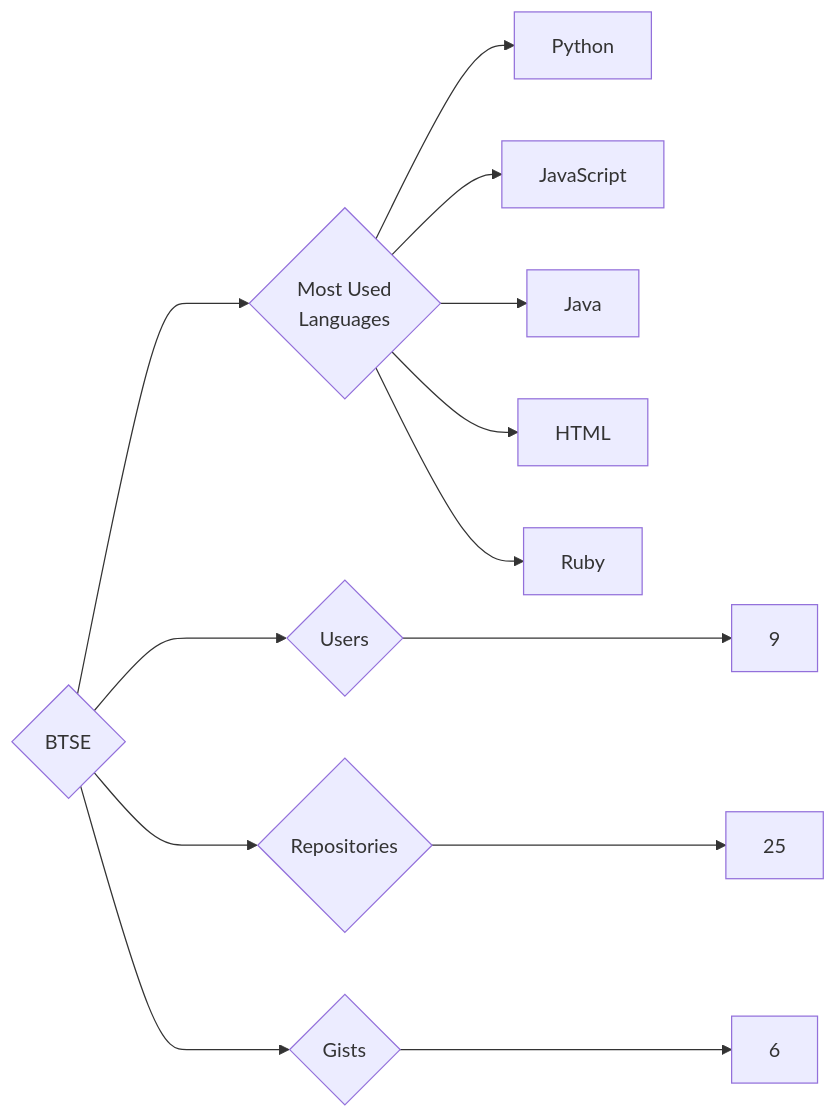
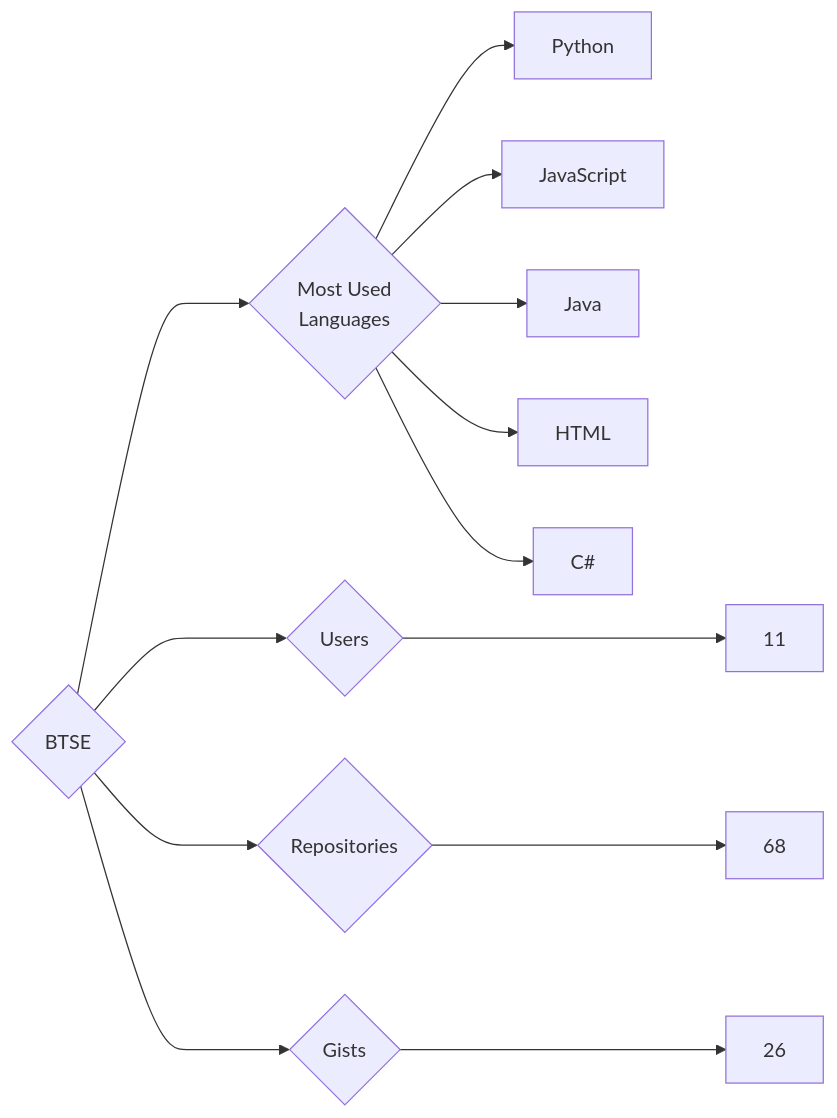
The diagram in targets/BTSE/README.md (trickest/insiders), drawn with Mermaid before and after one commit. The commit also changed 1123 other files, not shown here.

````diff
--- a/targets/BTSE/README.md
+++ b/targets/BTSE/README.md
@@ -3,13 +3,13 @@
 ```mermaid
 graph LR
 COMPANY_NAME{BTSE}
-COMPANY_NAME ---> U{Users} ---> UN[9]
-COMPANY_NAME ---> R{Repositories} ---> RN[25]
-COMPANY_NAME ---> G{Gists} ---> GN[6]
+COMPANY_NAME ---> U{Users} ---> UN[11]
+COMPANY_NAME ---> R{Repositories} ---> RN[68]
+COMPANY_NAME ---> G{Gists} ---> GN[26]
 COMPANY_NAME ---> ML{Most Used<br>Languages}
 ML --> Python[Python]
 ML --> JavaScript[JavaScript]
 ML --> Java[Java]
 ML --> HTML[HTML]
-ML --> Ruby[Ruby]
+ML --> C#[C#]
 ```
````
